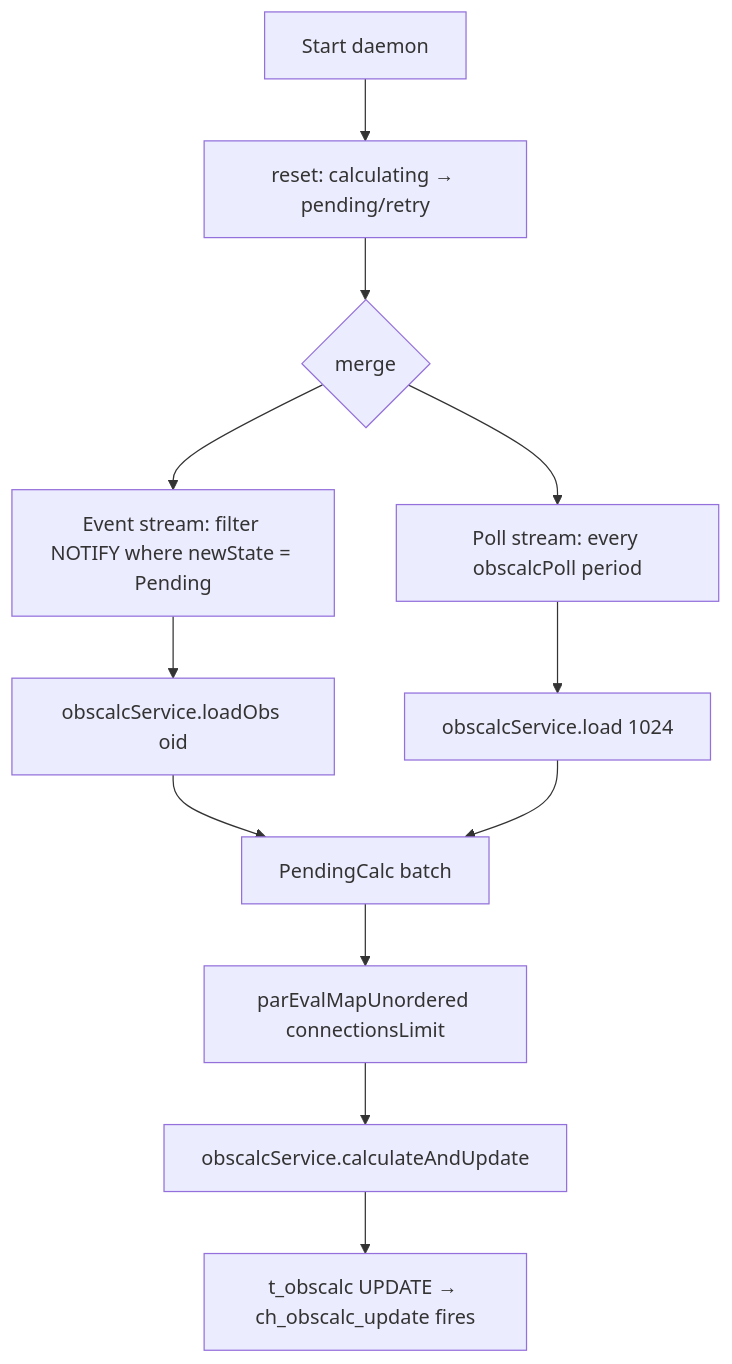
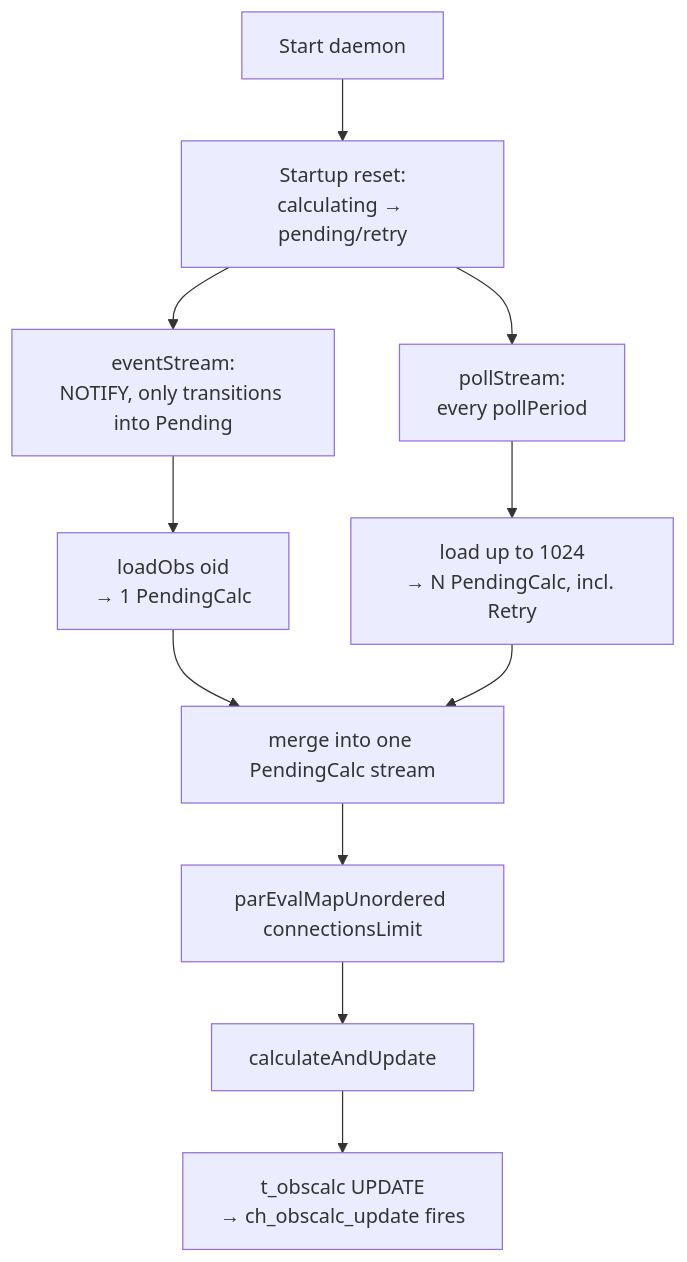
Before and after one commit to gemini-hlsw/lucuma-odb: the second of 4 diagrams in modules/obscalc/obscalc-flow.md, drawn with Mermaid. The commit also changed other lines of this file, not shown here.

Commit message:
Clarify obscalc daemon flowchart

````diff
--- a/modules/obscalc/obscalc-flow.md
+++ b/modules/obscalc/obscalc-flow.md
@@ -98,14 +102,16 @@
 ```mermaid
 flowchart TD
-    A[Start daemon] --> R[reset: calculating → pending/retry]
-    R --> M{merge}
-    M --> E[Event stream: filter NOTIFY where newState = Pending]
-    M --> P[Poll stream: every obscalcPoll period]
-    E --> L1[obscalcService.loadObs oid]
-    P --> L2[obscalcService.load 1024]
-    L1 --> Q[PendingCalc batch]
-    L2 --> Q
-    Q --> X[parEvalMapUnordered connectionsLimit]
-    X --> C[obscalcService.calculateAndUpdate]
-    C --> N[t_obscalc UPDATE → ch_obscalc_update fires]
+    START[Start daemon] --> RESET[Startup reset:<br/>calculating → pending/retry]
+    RESET --> EV
+    RESET --> POLL
+
+    EV[eventStream:<br/>NOTIFY, only transitions into Pending] --> LOAD1[loadObs oid<br/>→ 1 PendingCalc]
+    POLL[pollStream:<br/>every pollPeriod] --> LOAD2[load up to 1024<br/>→ N PendingCalc, incl. Retry]
+
+    LOAD1 --> MERGE[merge into one PendingCalc stream]
+    LOAD2 --> MERGE
+
+    MERGE --> PAR[parEvalMapUnordered connectionsLimit]
+    PAR --> CALC[calculateAndUpdate]
+    CALC --> UPD[t_obscalc UPDATE<br/>→ ch_obscalc_update fires]
 ```
````
